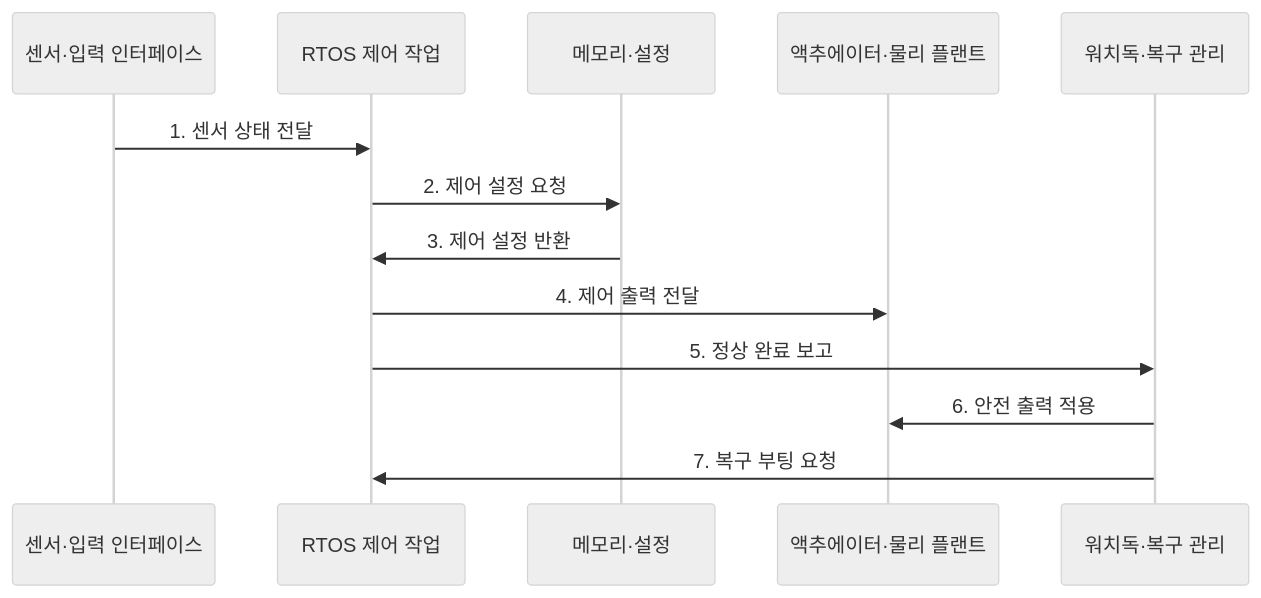
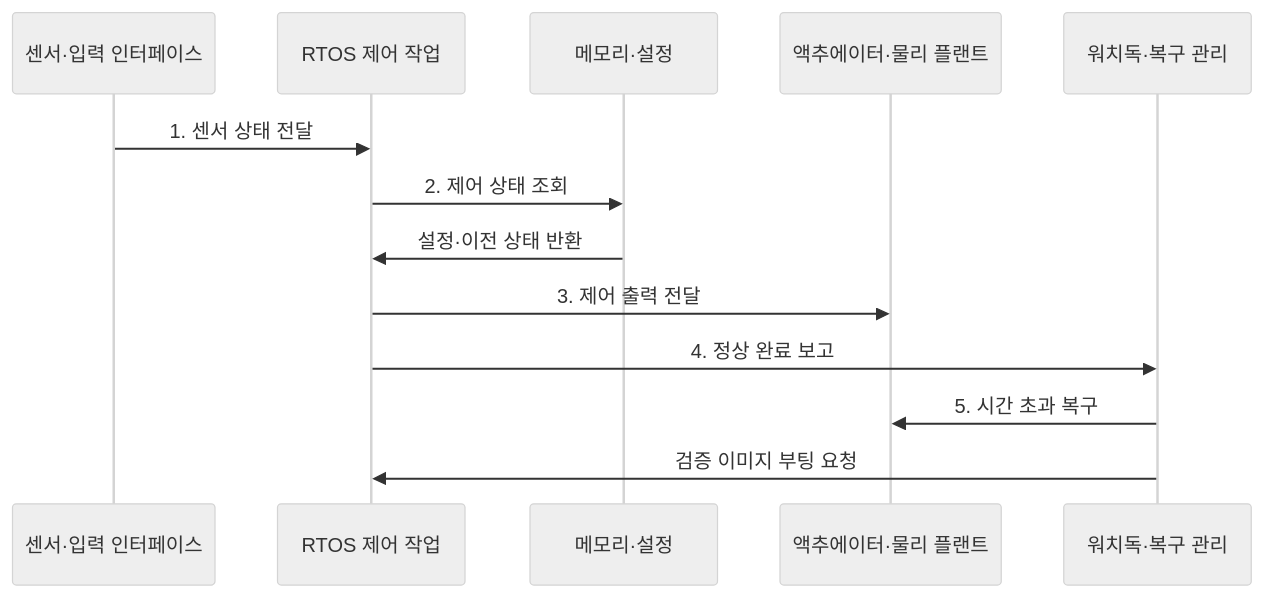
The second of 2 diagrams in src/content/docs/notes/02-hardware/060_embedded_system_architecture.md (agnusdei1207/knowledge-base), drawn with Mermaid (neutral theme) before and after one commit. The commit also changed other lines of this file and 86 other files, not shown here.

````diff
--- a/src/content/docs/notes/02-hardware/060_embedded_system_architecture.md
+++ b/src/content/docs/notes/02-hardware/060_embedded_system_architecture.md
@@ -94,16 +94,16 @@
 ```mermaid
 sequenceDiagram
     participant S as 센서·입력 인터페이스
     participant C as RTOS 제어 작업
     participant M as 메모리·설정
     participant O as 액추에이터·물리 플랜트
     participant W as 워치독·복구 관리
 
     S->>C: 1. 센서 상태 전달
-    C->>M: 2. 제어 설정 요청
-    M->>C: 3. 제어 설정 반환
-    C->>O: 4. 제어 출력 전달
-    C->>W: 5. 정상 완료 보고
-    W->>O: 6. 안전 출력 적용
-    W->>C: 7. 복구 부팅 요청
+    C->>M: 2. 제어 상태 조회
+    M->>C: 설정·이전 상태 반환
+    C->>O: 3. 제어 출력 전달
+    C->>W: 4. 정상 완료 보고
+    W->>O: 5. 시간 초과 복구
+    W->>C: 검증 이미지 부팅 요청
 ```
````
